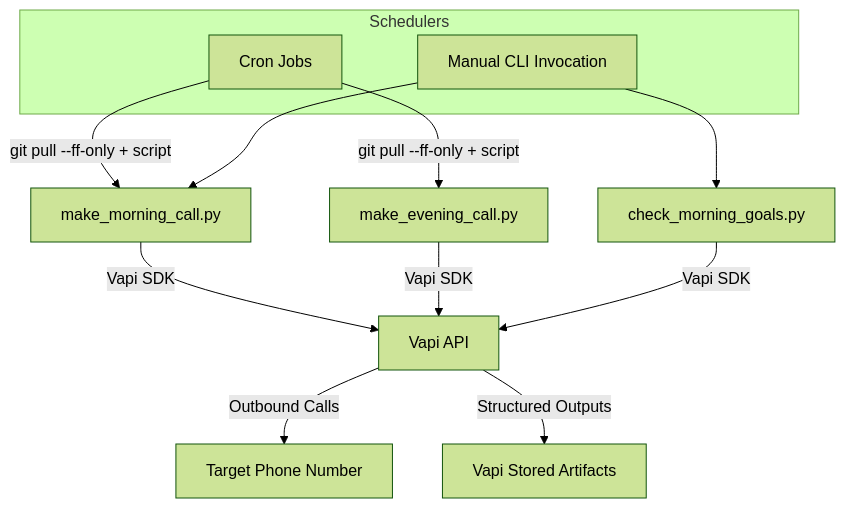
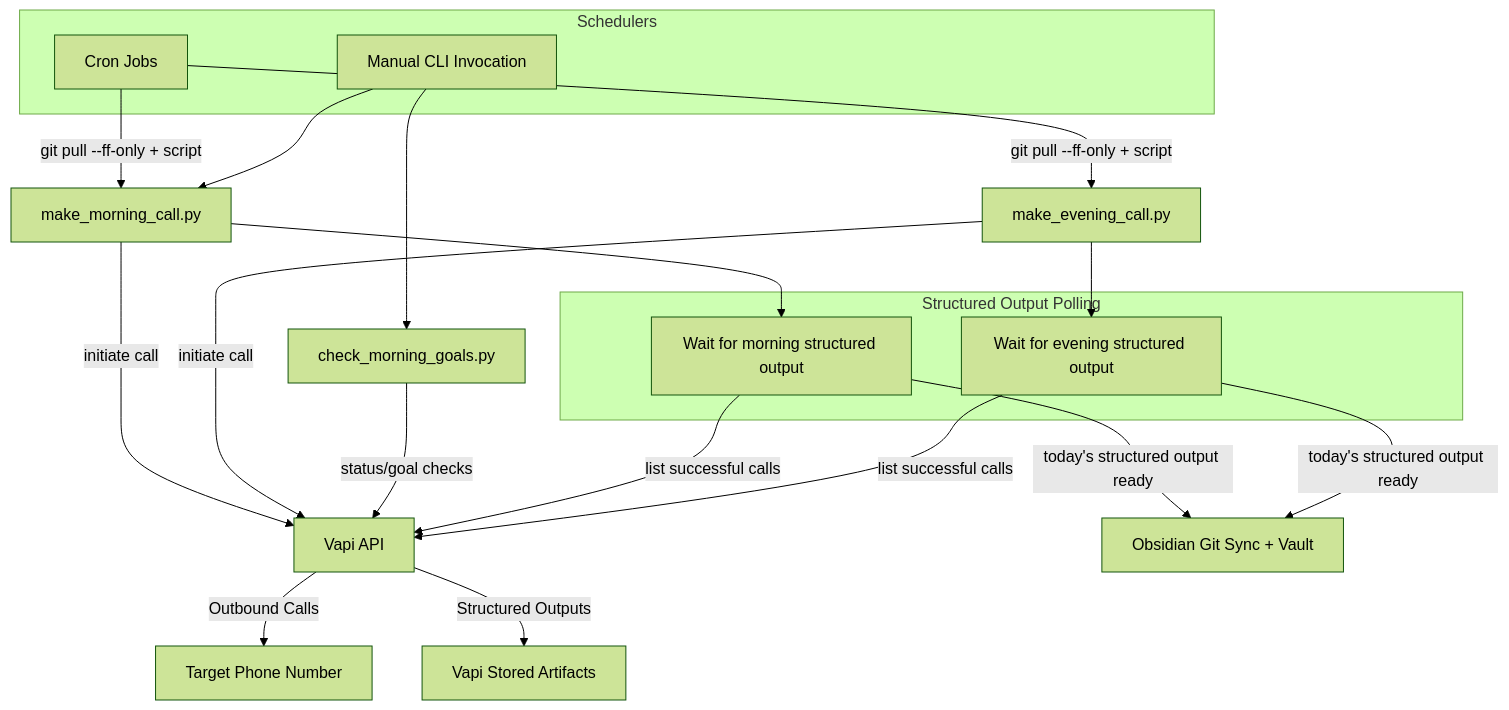
One commit to pdmthorsrud/accountability_buddy changed the diagram in docs/architecture_flow.md. Above: the diagram before and after it, drawn with Mermaid (forest theme). The commit also changed 3 other files, not shown here.

Commit message:
Add structured output polling before Obsidian sync

````diff
--- a/docs/architecture_flow.md
+++ b/docs/architecture_flow.md
@@ -1,20 +1,34 @@
 ```mermaid
 %% Accountability Buddy execution flow
 flowchart TD
     subgraph Schedulers
         Cron[Cron Jobs]
         CLI[Manual CLI Invocation]
     end
 
     Cron -->|git pull --ff-only + script| Morning[make_morning_call.py]
     Cron -->|git pull --ff-only + script| Evening[make_evening_call.py]
     CLI --> Morning
     CLI --> EveningCheck[check_morning_goals.py]
 
-    Morning -->|Vapi SDK| VapiAPI[Vapi API]
-    Evening -->|Vapi SDK| VapiAPI
-    EveningCheck -->|Vapi SDK| VapiAPI
+    Morning -->|initiate call| VapiAPI[Vapi API]
+    Evening -->|initiate call| VapiAPI
+    EveningCheck -->|status/goal checks| VapiAPI
+
+    subgraph Polling["Structured Output Polling"]
+        MorningPoll[Wait for morning structured output]
+        EveningPoll[Wait for evening structured output]
+    end
+
+    Morning --> MorningPoll
+    Evening --> EveningPoll
+
+    MorningPoll -->|list successful calls| VapiAPI
+    EveningPoll -->|list successful calls| VapiAPI
 
     VapiAPI -->|Outbound Calls| Phone[Target Phone Number]
     VapiAPI -->|Structured Outputs| Storage[Vapi Stored Artifacts]
+
+    MorningPoll -->|today's structured output ready| ObsidianSync[Obsidian Git Sync + Vault]
+    EveningPoll -->|today's structured output ready| ObsidianSync
 ```
````
